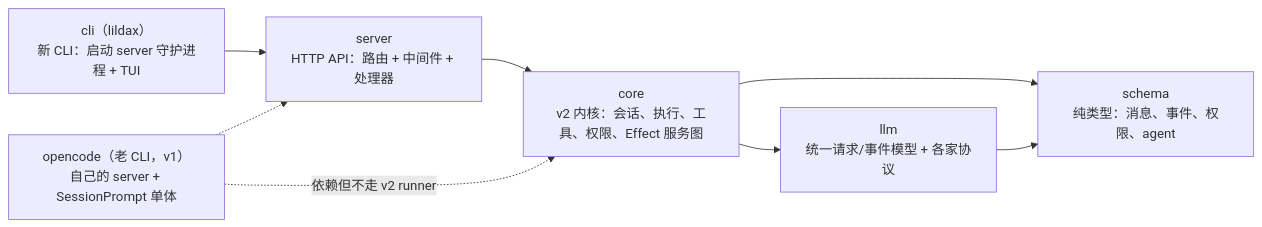
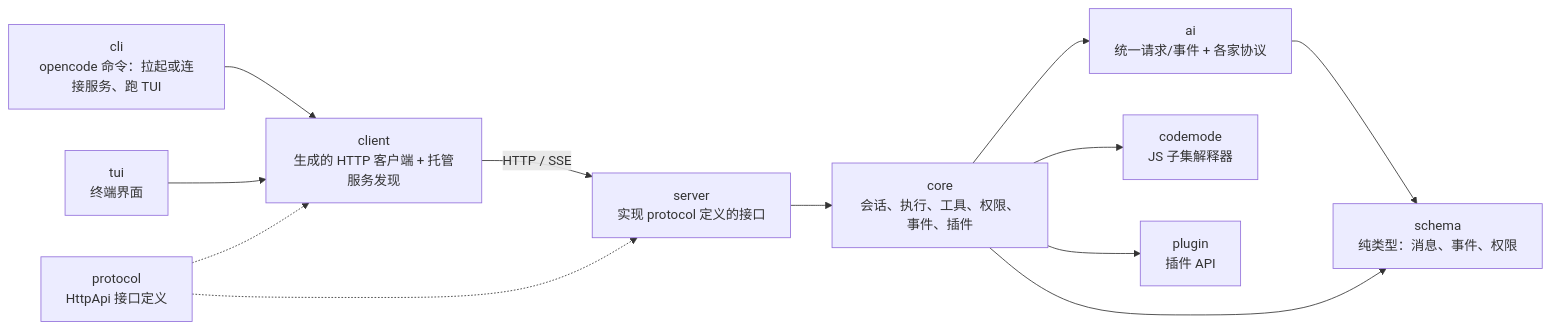
One commit to nickqiaoo/nickqiaoo.github.io changed the first of 13 diagrams in src/content/post/agents-opencode/index.md. Above: the diagram before and after it, drawn with Mermaid. The commit also changed other lines of this file and 1 other file, not shown here.

First line of the commit message:
docs(agents-opencode): rewrite against the opencode v2 branch

````diff
--- a/src/content/post/agents-opencode/index.md
+++ b/src/content/post/agents-opencode/index.md
@@ -12,11 +17,14 @@
 ```mermaid
 graph LR
-  CLI["cli（lildax）<br/>新 CLI：启动 server 守护进程 + TUI"] --> SRV
-  SRV["server<br/>HTTP API：路由 + 中间件 + 处理器"] --> CORE
-  CORE["core<br/>v2 内核：会话、执行、工具、权限、Effect 服务图"] --> LLM
-  CORE --> SCHEMA
-  LLM["llm<br/>统一请求/事件模型 + 各家协议"] --> SCHEMA
-  SCHEMA["schema<br/>纯类型：消息、事件、权限、agent"]
-  OLD["opencode（老 CLI，v1）<br/>自己的 server + SessionPrompt 单体"] -.依赖但不走 v2 runner.-> CORE
-  OLD -.-> SRV
+  CLI["cli<br/>opencode 命令：拉起或连接服务、跑 TUI"] --> CLIENT
+  TUI["tui<br/>终端界面"] --> CLIENT
+  CLIENT["client<br/>生成的 HTTP 客户端 + 托管服务发现"] -->|HTTP / SSE| SERVER
+  SERVER["server<br/>实现 protocol 定义的接口"] --> CORE
+  PROTO["protocol<br/>HttpApi 接口定义"] -.-> SERVER
+  PROTO -.-> CLIENT
+  CORE["core<br/>会话、执行、工具、权限、事件、插件"] --> AI
+  CORE --> CM["codemode<br/>JS 子集解释器"]
+  CORE --> PLUGIN["plugin<br/>插件 API"]
+  AI["ai<br/>统一请求/事件 + 各家协议"] --> SCHEMA
+  CORE --> SCHEMA["schema<br/>纯类型：消息、事件、权限"]
 ```
````
